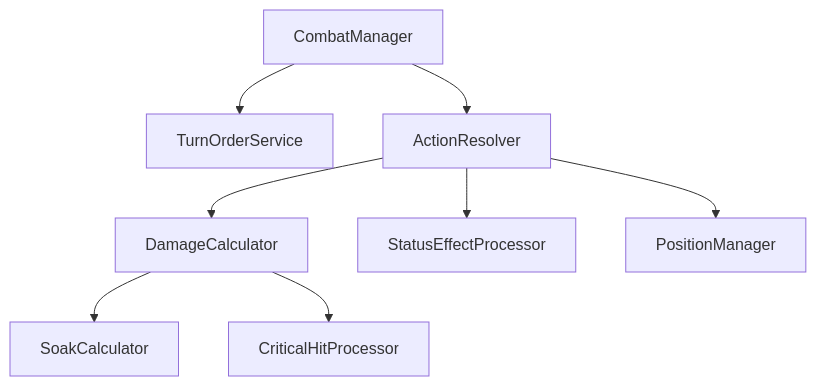
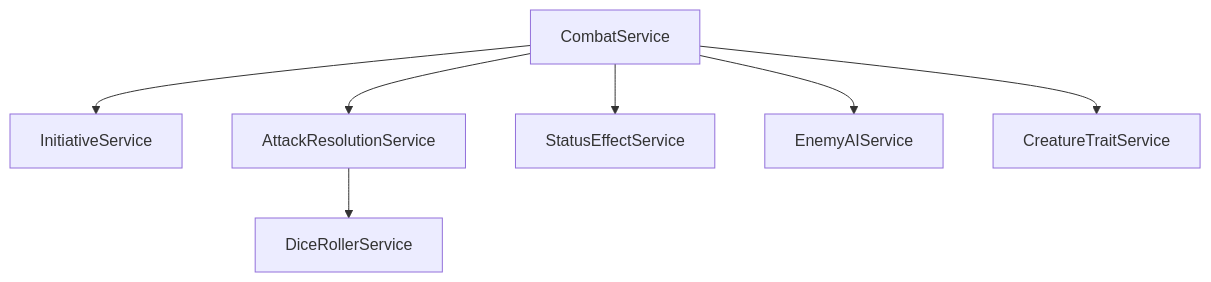
One commit to southpawriter02/rune-rust changed the diagram in docs/design/00-project/ARCHITECTURE.md. Above: the diagram before and after it, drawn with Mermaid. The commit also changed other lines of this file and 1 other file, not shown here.

Commit message:
feat: update architecture document with current tech stack, project structure, and combat system details.

````diff
--- a/docs/design/00-project/ARCHITECTURE.md
+++ b/docs/design/00-project/ARCHITECTURE.md
@@ -127,10 +144,9 @@
 ```mermaid
 graph TD
-    A[CombatManager] --> B[TurnOrderService]
-    A --> C[ActionResolver]
-    C --> D[DamageCalculator]
-    C --> E[StatusEffectProcessor]
-    C --> F[PositionManager]
-    D --> G[SoakCalculator]
-    D --> H[CriticalHitProcessor]
+    A[CombatService] --> B[InitiativeService]
+    A --> C[AttackResolutionService]
+    A --> D[StatusEffectService]
+    A --> E[EnemyAIService]
+    A --> F[CreatureTraitService]
+    C --> G[DiceRollerService]
 ```
````
